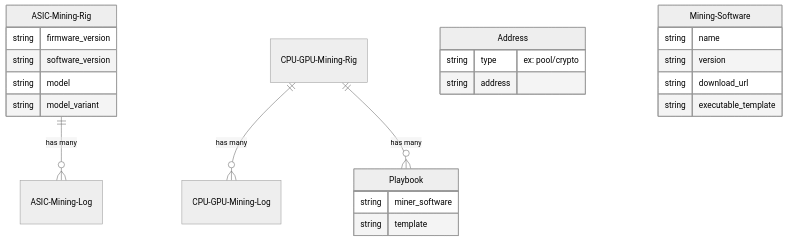
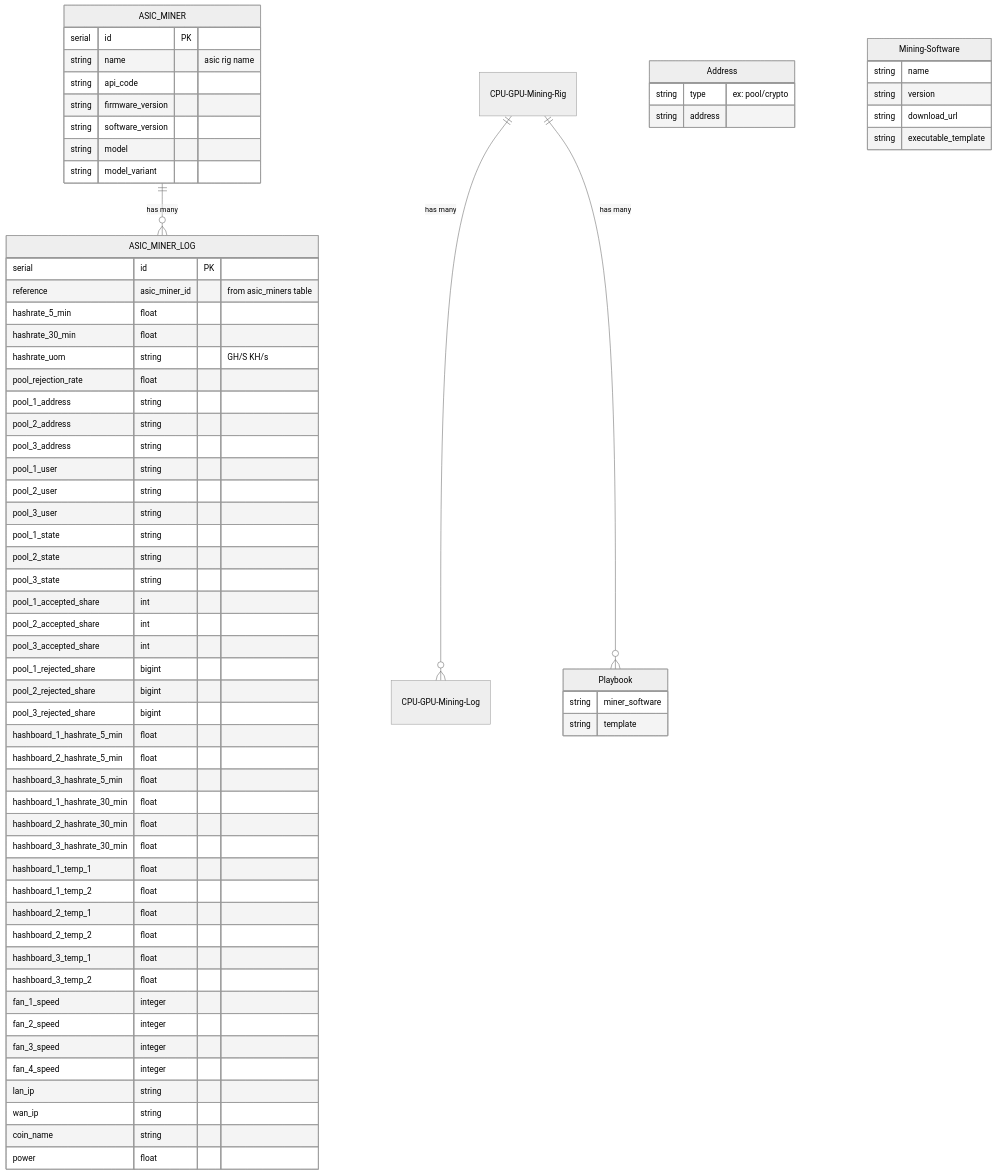
One commit to nguyenvinhlinh/Mining-Rig-Monitor-Document changed the second of 2 diagrams in docs/041-erd-db-diagram.md. Above: the diagram before and after it, drawn with Mermaid (neutral theme).

Commit message:
update asic db.

````diff
--- a/docs/041-erd-db-diagram.md
+++ b/docs/041-erd-db-diagram.md
@@ -17,6 +17,6 @@
 ```mermaid
 erDiagram
-    ASIC-Mining-Rig ||--o{ ASIC-Mining-Log : "has many"
+    ASIC_MINER ||--o{ ASIC_MINER_LOG : "has many"
     CPU-GPU-Mining-Rig ||--o{ CPU-GPU-Mining-Log : "has many"
     CPU-GPU-Mining-Rig ||--o{ Playbook : "has many"
 
@@ -38,11 +38,74 @@
         string executable_template
     }
 
-    ASIC-Mining-Rig {
+    ASIC_MINER {
+        serial id PK
+        string name "asic rig name"
+        string api_code
         string firmware_version
         string software_version
         string model
         string model_variant
+
+    }
+
+    ASIC_MINER_LOG {
+        serial id PK
+        reference asic_miner_id "from asic_miners table"
+        hashrate_5_min float
+        hashrate_30_min float
+        hashrate_uom string "GH/S KH/s"
+
+        pool_rejection_rate float
+
+        pool_1_address string
+        pool_2_address string
+        pool_3_address string
+
+        pool_1_user string
+        pool_2_user string
+        pool_3_user string
+
+        pool_1_state string
+        pool_2_state string
+        pool_3_state string
+
+        pool_1_accepted_share int
+        pool_2_accepted_share int
+        pool_3_accepted_share int
+
+        pool_1_rejected_share bigint
+        pool_2_rejected_share bigint
+        pool_3_rejected_share bigint
+
+
+        hashboard_1_hashrate_5_min float
+        hashboard_2_hashrate_5_min float
+        hashboard_3_hashrate_5_min float
+
+        hashboard_1_hashrate_30_min float
+        hashboard_2_hashrate_30_min float
+        hashboard_3_hashrate_30_min float
+
+        hashboard_1_temp_1 float
+        hashboard_1_temp_2 float
+
+        hashboard_2_temp_1 float
+        hashboard_2_temp_2 float
+
+        hashboard_3_temp_1 float
+        hashboard_3_temp_2 float
+
+        fan_1_speed integer
+        fan_2_speed integer
+        fan_3_speed integer
+        fan_4_speed integer
+
+        lan_ip string
+        wan_ip string
+
+        coin_name string
+        power float
     }
 
 ```
````
